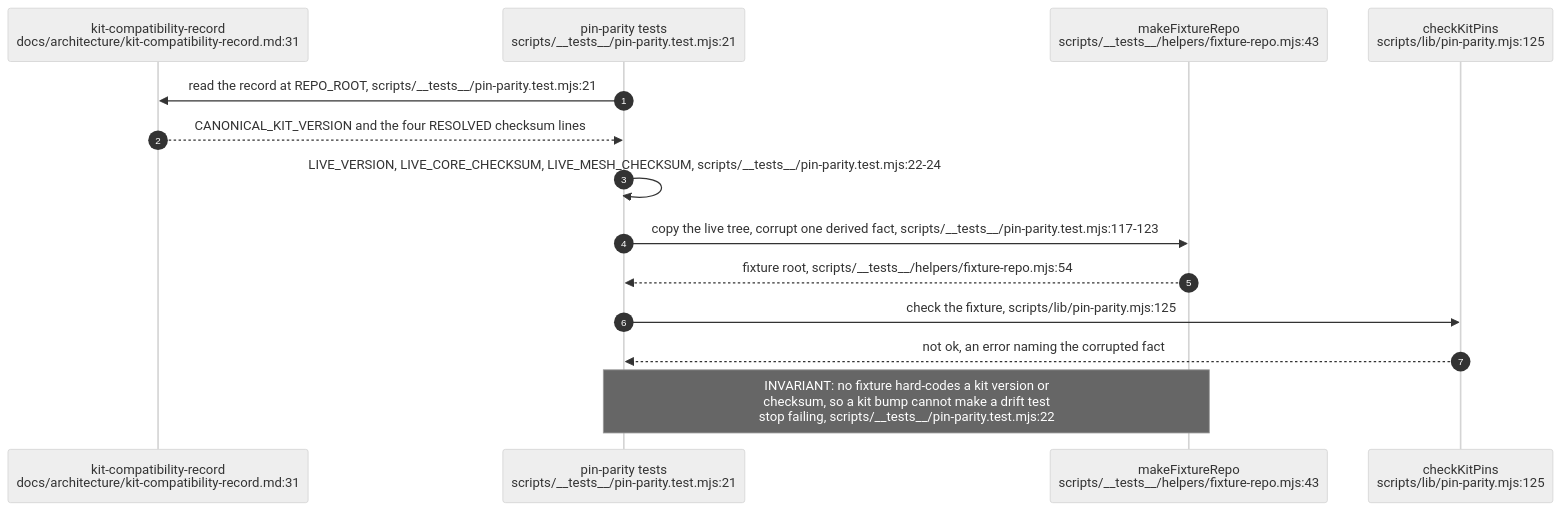
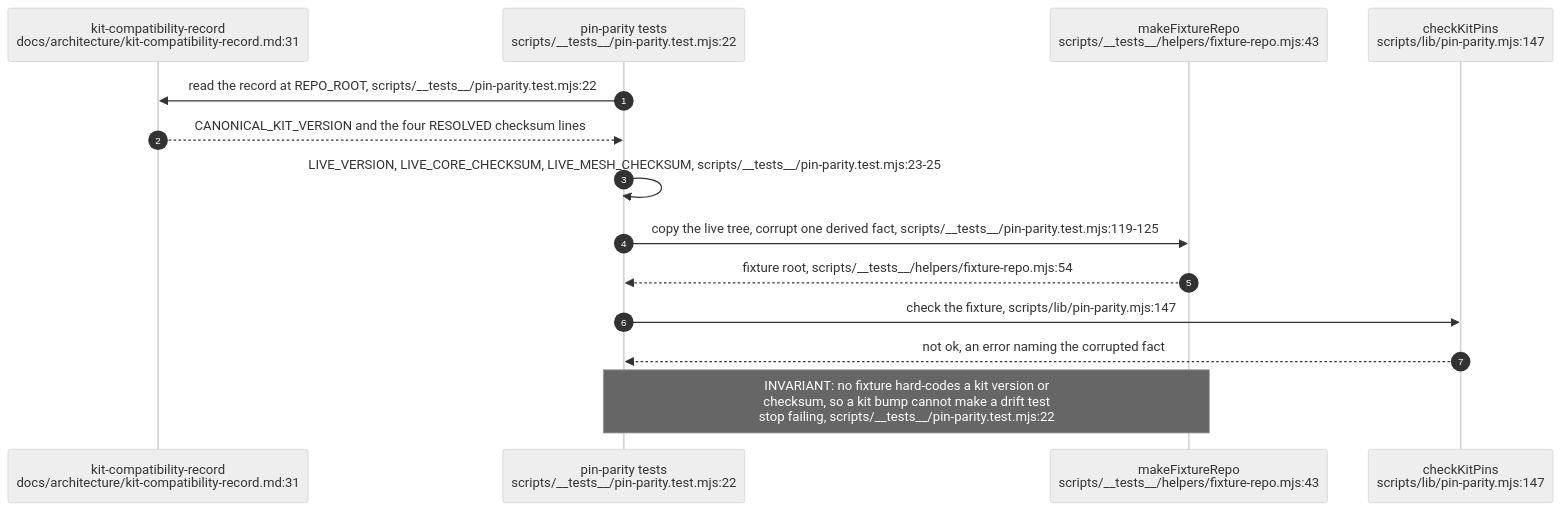
One commit to DreamLab-AI/VisionFlow changed the fifth of 5 diagrams in docs/diagrams/dreamlab-ai-website/05-ci-gates-rust-ci-kit-pin-playwright.md. Above: the diagram before and after it, drawn with Mermaid (neutral theme). The commit also changed other lines of this file and 80 other files, not shown here.

First line of the commit message:
docs(diagrams): re-verify the agentbox, dreamlab, estate and visionflow corpus against current sources

````diff
--- a/docs/diagrams/dreamlab-ai-website/05-ci-gates-rust-ci-kit-pin-playwright.md
+++ b/docs/diagrams/dreamlab-ai-website/05-ci-gates-rust-ci-kit-pin-playwright.md
@@ -101,16 +101,16 @@
 ```mermaid
 sequenceDiagram
     autonumber
     participant REC as kit-compatibility-record<br/>docs/architecture/kit-compatibility-record.md:31
-    participant PP as pin-parity tests<br/>scripts/__tests__/pin-parity.test.mjs:21
+    participant PP as pin-parity tests<br/>scripts/__tests__/pin-parity.test.mjs:22
     participant FX as makeFixtureRepo<br/>scripts/__tests__/helpers/fixture-repo.mjs:43
-    participant CK as checkKitPins<br/>scripts/lib/pin-parity.mjs:125
-    PP->>REC: read the record at REPO_ROOT, scripts/__tests__/pin-parity.test.mjs:21
+    participant CK as checkKitPins<br/>scripts/lib/pin-parity.mjs:147
+    PP->>REC: read the record at REPO_ROOT, scripts/__tests__/pin-parity.test.mjs:22
     REC-->>PP: CANONICAL_KIT_VERSION and the four RESOLVED checksum lines
-    PP->>PP: LIVE_VERSION, LIVE_CORE_CHECKSUM, LIVE_MESH_CHECKSUM, scripts/__tests__/pin-parity.test.mjs:22-24
-    PP->>FX: copy the live tree, corrupt one derived fact, scripts/__tests__/pin-parity.test.mjs:117-123
+    PP->>PP: LIVE_VERSION, LIVE_CORE_CHECKSUM, LIVE_MESH_CHECKSUM, scripts/__tests__/pin-parity.test.mjs:23-25
+    PP->>FX: copy the live tree, corrupt one derived fact, scripts/__tests__/pin-parity.test.mjs:119-125
     FX-->>PP: fixture root, scripts/__tests__/helpers/fixture-repo.mjs:54
-    PP->>CK: check the fixture, scripts/lib/pin-parity.mjs:125
+    PP->>CK: check the fixture, scripts/lib/pin-parity.mjs:147
     CK-->>PP: not ok, an error naming the corrupted fact
     Note over PP,FX: INVARIANT: no fixture hard-codes a kit version or<br/>checksum, so a kit bump cannot make a drift test<br/>stop failing, scripts/__tests__/pin-parity.test.mjs:22
 ```
````
